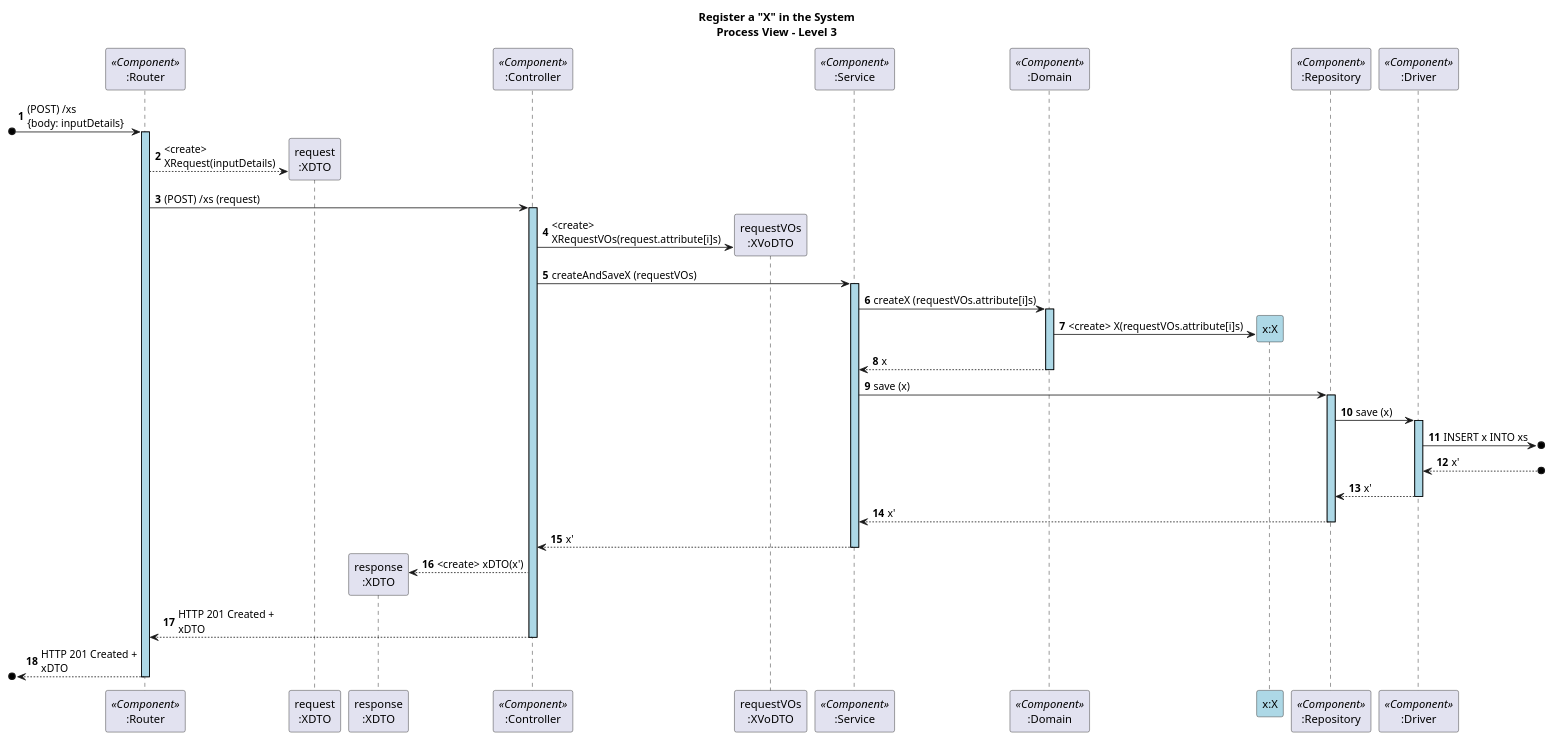
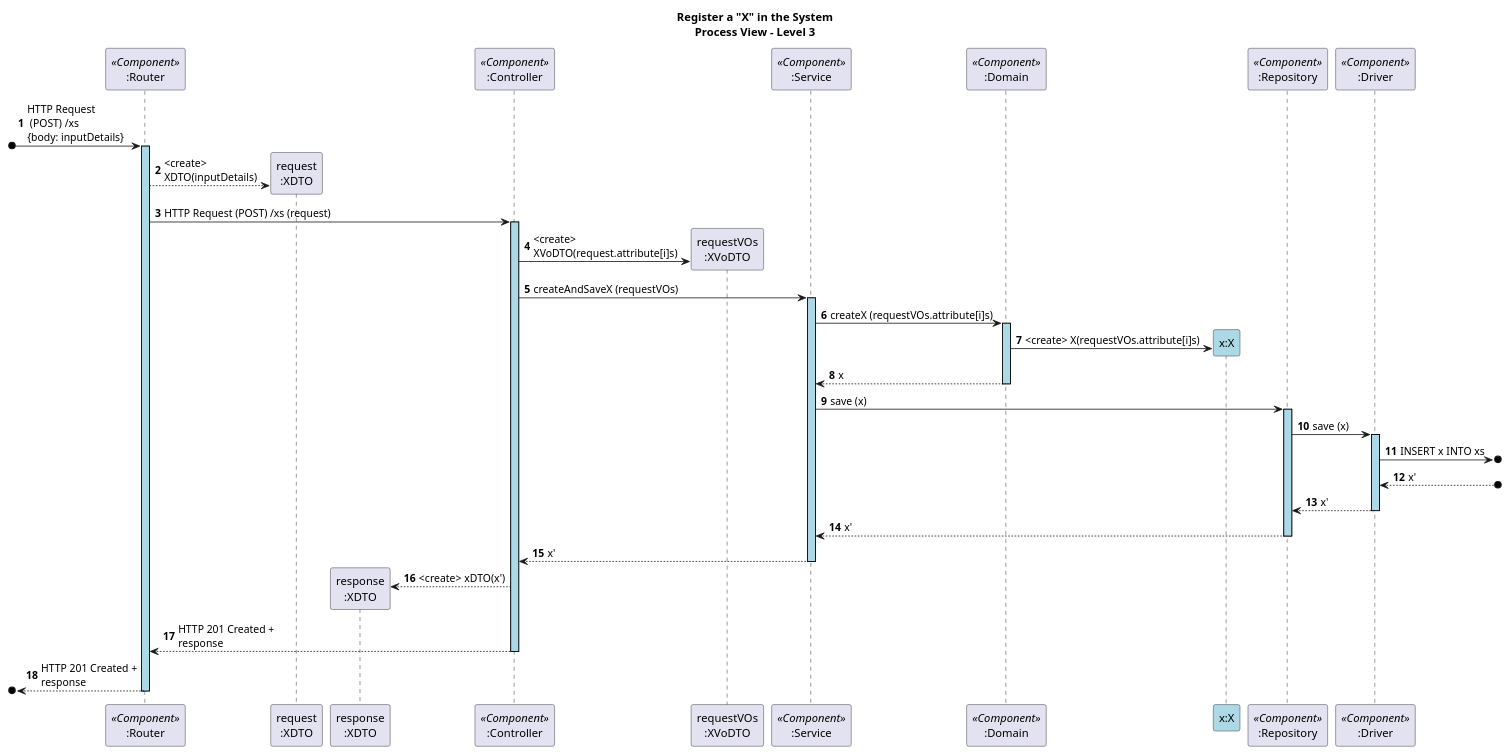
Before and after one commit to GasparISEP/DevOps-PAI: the diagram in docs/US05/sprint7/ProcessView/POST_ProcessView_Level3.puml, drawn with PlantUML.

Commit message:
doc: refactor processView level 3 (refs #644)

```diff
--- a/docs/US05/sprint7/ProcessView/POST_ProcessView_Level3.puml
+++ b/docs/US05/sprint7/ProcessView/POST_ProcessView_Level3.puml
@@ -1,57 +1,57 @@
 @startuml
 autonumber
 
 skinparam sequence {
     LifelineBorderColor black
     LifelineBackgroundColor LightBlue
     ActorBorderColor black
     ActorBackgroundColor LightGray
     GroupBorderColor #cccccc
     GroupBackgroundColor #f2f2f2
 }
 
 title Register a "X" in the System\nProcess View – Level 3
 
 participant ":Router" as RT <<Component>>
 participant "request\n:XDTO" as request
 participant "response\n:XDTO" as XDTO
 participant ":Controller" as CT <<Component>>
 participant "requestVOs\n:XVoDTO" as requestVOs
 participant ":Service" as SE <<Component>>
 participant ":Domain" as DM <<Component>>
 participant "x:X" as X #lightBlue
 participant ":Repository" as RE <<Component>>
 participant ":Driver" as DV <<Component>>
 
 
-[o-> RT ++: (POST) /xs \n{body: inputDetails}
-RT --> request **: <create> \nXRequest(inputDetails)
-RT -> CT ++: (POST) /xs (request)
-CT -> requestVOs **: <create> \nXRequestVOs(request.attribute[i]s)
+[o-> RT ++: HTTP Request \n (POST) /xs \n{body: inputDetails}
+RT --> request **: <create> \nXDTO(inputDetails)
+RT -> CT ++: HTTP Request (POST) /xs (request)
+CT -> requestVOs **: <create> \nXVoDTO(request.attribute[i]s)
 
 
 CT -> SE ++: createAndSaveX (requestVOs)
 
 
 SE -> DM ++: createX (requestVOs.attribute[i]s)
 DM -> X **: <create> X(requestVOs.attribute[i]s)
 DM --> SE --: x
 
 
 
 SE -> RE ++: save (x)
 RE -> DV++: save (x)
 DV ->o]: INSERT x INTO xs
 DV <--o]: x'
 DV --> RE -- : x'
 RE --> SE --: x'
 
 
 SE --> CT --: x'
 CT --> XDTO **: <create> xDTO(x')
 
-CT --> RT --: HTTP 201 Created + \nxDTO
-[o<-- RT --: HTTP 201 Created + \nxDTO
+CT --> RT --: HTTP 201 Created + \nresponse
+[o<-- RT --: HTTP 201 Created + \nresponse
 
 
 @enduml
```
